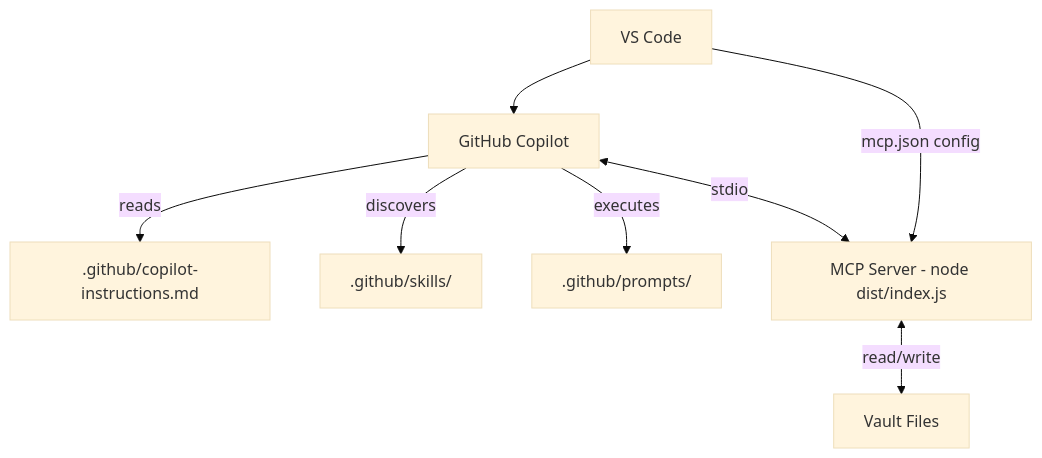
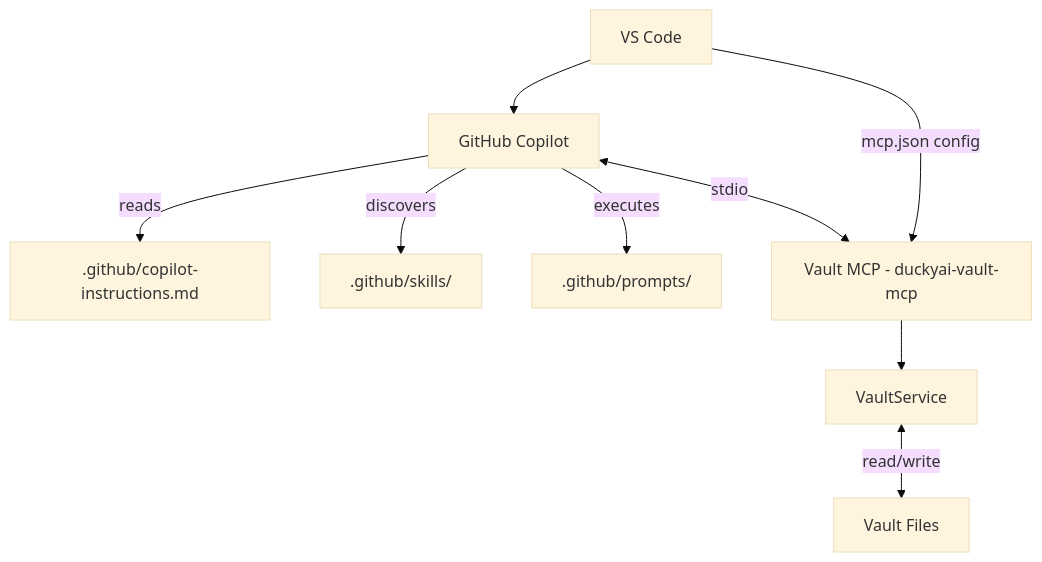
One commit to kipackjeongMS/DuckyAI changed diagram 15 of 15 in cli/docs/DuckyAI-System-Design.md. Above: the diagram before and after it, drawn with Mermaid (base theme). The commit also changed other lines of this file and 173 other files, not shown here.

Commit message:
chore: clean gitignore - remove node_modules, dist, pycache, egg-info from tracking

````diff
--- a/cli/docs/DuckyAI-System-Design.md
+++ b/cli/docs/DuckyAI-System-Design.md
@@ -657,11 +640,12 @@
 ```mermaid
 graph TB
     VSCODE[VS Code] --> COPILOT[GitHub Copilot]
     COPILOT -->|reads| INSTR[.github/copilot-instructions.md]
     COPILOT -->|discovers| SKILLS[.github/skills/]
     COPILOT -->|executes| PROMPTS[.github/prompts/]
-    COPILOT <-->|stdio| MCP_SRV[MCP Server - node dist/index.js]
-    MCP_SRV <-->|read/write| VAULT[Vault Files]
+    COPILOT <-->|stdio| VAULT_MCP[Vault MCP - duckyai-vault-mcp]
+    VAULT_MCP --> SERVICE[VaultService]
+    SERVICE <-->|read/write| VAULT[Vault Files]
 
-    VSCODE -->|mcp.json config| MCP_SRV
+    VSCODE -->|mcp.json config| VAULT_MCP
 ```
````
